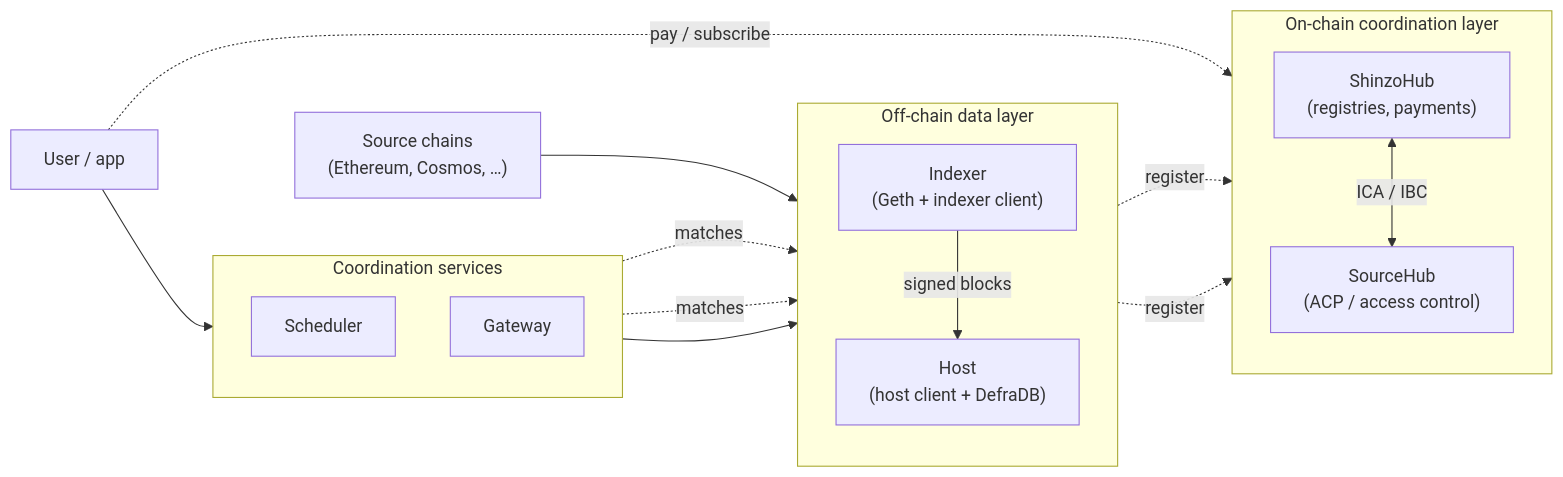
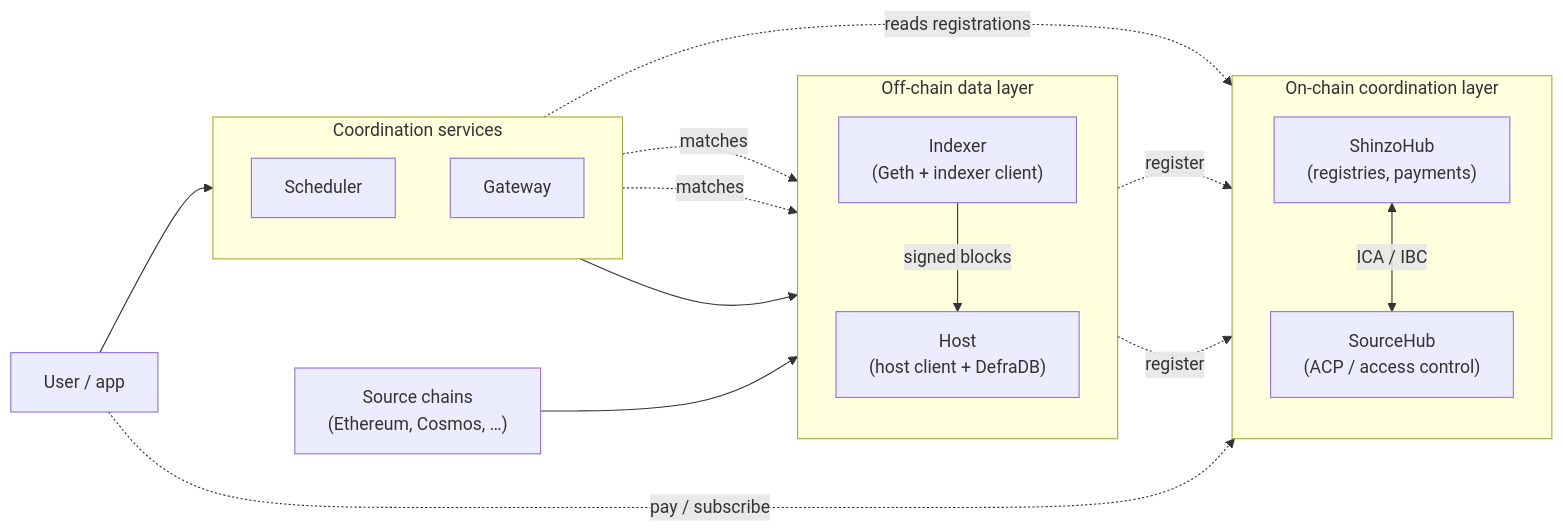
The first of 5 diagrams in content/reference/architecture-overview/index.mdx (shinzonetwork/docs), drawn with Mermaid before and after one commit.

Commit message:
Connects scheduler to shinzohub for registrations.

````diff
--- a/content/reference/architecture-overview/index.mdx
+++ b/content/reference/architecture-overview/index.mdx
@@ -11,34 +11,35 @@
 ```mermaid
 flowchart LR
   Src["Source chains<br/>(Ethereum, Cosmos, …)"]
 
   subgraph OffChain["Off-chain data layer"]
     direction TB
     Idx["Indexer<br/>(Geth + indexer client)"]
     Host["Host<br/>(host client + DefraDB)"]
     Idx -- "signed blocks" --> Host
   end
 
   subgraph OnChain["On-chain coordination layer"]
     direction TB
     SH["ShinzoHub<br/>(registries, payments)"]
     Source["SourceHub<br/>(ACP / access control)"]
     SH <-- "ICA / IBC" --> Source
   end
 
   subgraph Coord["Coordination services"]
     direction TB
     Sched["Scheduler"]
     GW["Gateway"]
   end
 
   User["User / app"]
 
   Src --> Idx
+  Sched -. "reads registrations" .-> SH
   Sched -. "matches" .-> Idx
   Sched -. "matches" .-> Host
   User --> GW --> Host
   Idx -. "register" .-> SH
   Host -. "register" .-> SH
   User -. "pay / subscribe" .-> SH
 ```
````
